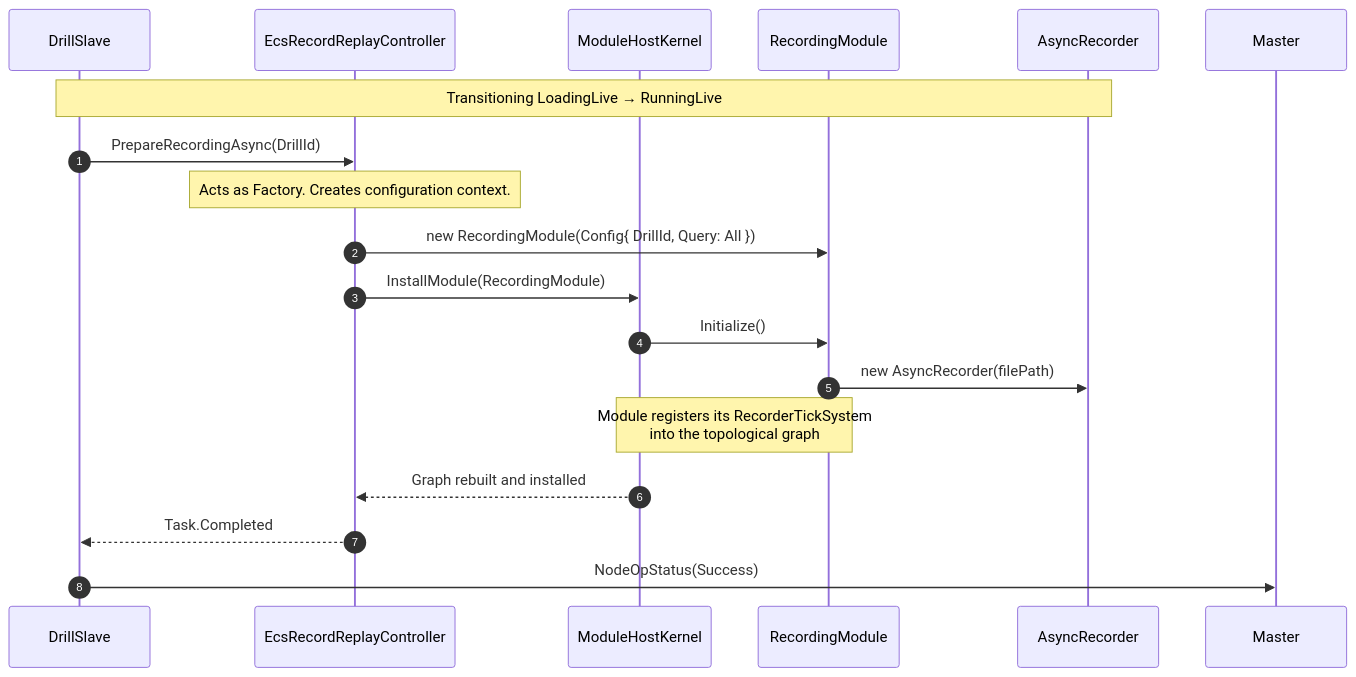
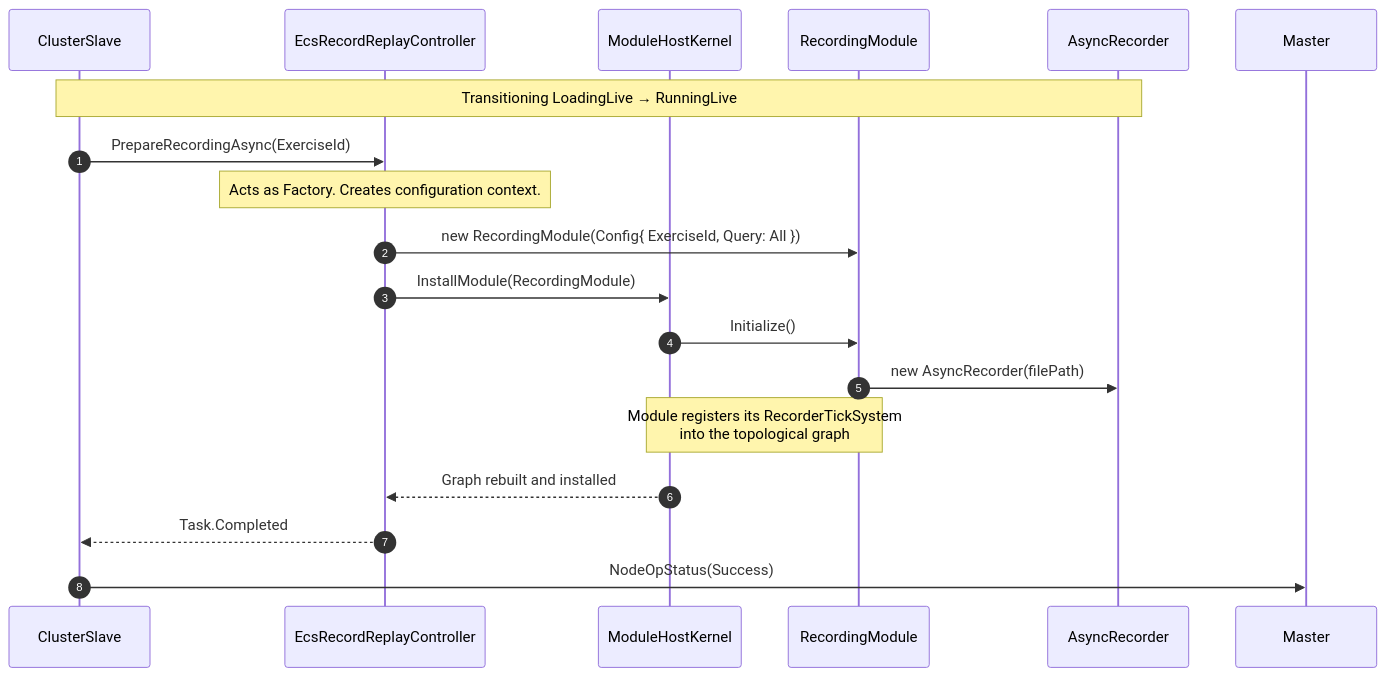
Before and after one commit to pjanec/HROT: the sixth of 11 diagrams in .dev/cgf-1/mgmt-DESIGN.md, drawn with Mermaid. The commit also changed other lines of this file and 1539 other files, not shown here.

````diff
--- a/.dev/cgf-1/mgmt-DESIGN.md
+++ b/.dev/cgf-1/mgmt-DESIGN.md
@@ -2014,24 +2014,24 @@
 ```mermaid
 sequenceDiagram
     autonumber
-    participant SSM as DrillSlave
+    participant SSM as ClusterSlave
     participant ERC as EcsRecordReplayController
     participant MHK as ModuleHostKernel
     participant RM as RecordingModule
     participant AR as AsyncRecorder
 
     Note over SSM, AR: Transitioning LoadingLive → RunningLive
 
-    SSM->>ERC: PrepareRecordingAsync(DrillId)
+    SSM->>ERC: PrepareRecordingAsync(ExerciseId)
     Note over ERC: Acts as Factory. Creates configuration context.
-    ERC->>RM: new RecordingModule(Config{ DrillId, Query: All })
+    ERC->>RM: new RecordingModule(Config{ ExerciseId, Query: All })
     ERC->>MHK: InstallModule(RecordingModule)
 
     MHK->>RM: Initialize()
     RM->>AR: new AsyncRecorder(filePath)
     Note over RM,MHK: Module registers its RecorderTickSystem<br/>into the topological graph
     MHK-->>ERC: Graph rebuilt and installed
 
     ERC-->>SSM: Task.Completed
     SSM->>Master: NodeOpStatus(Success)
 ```
````
